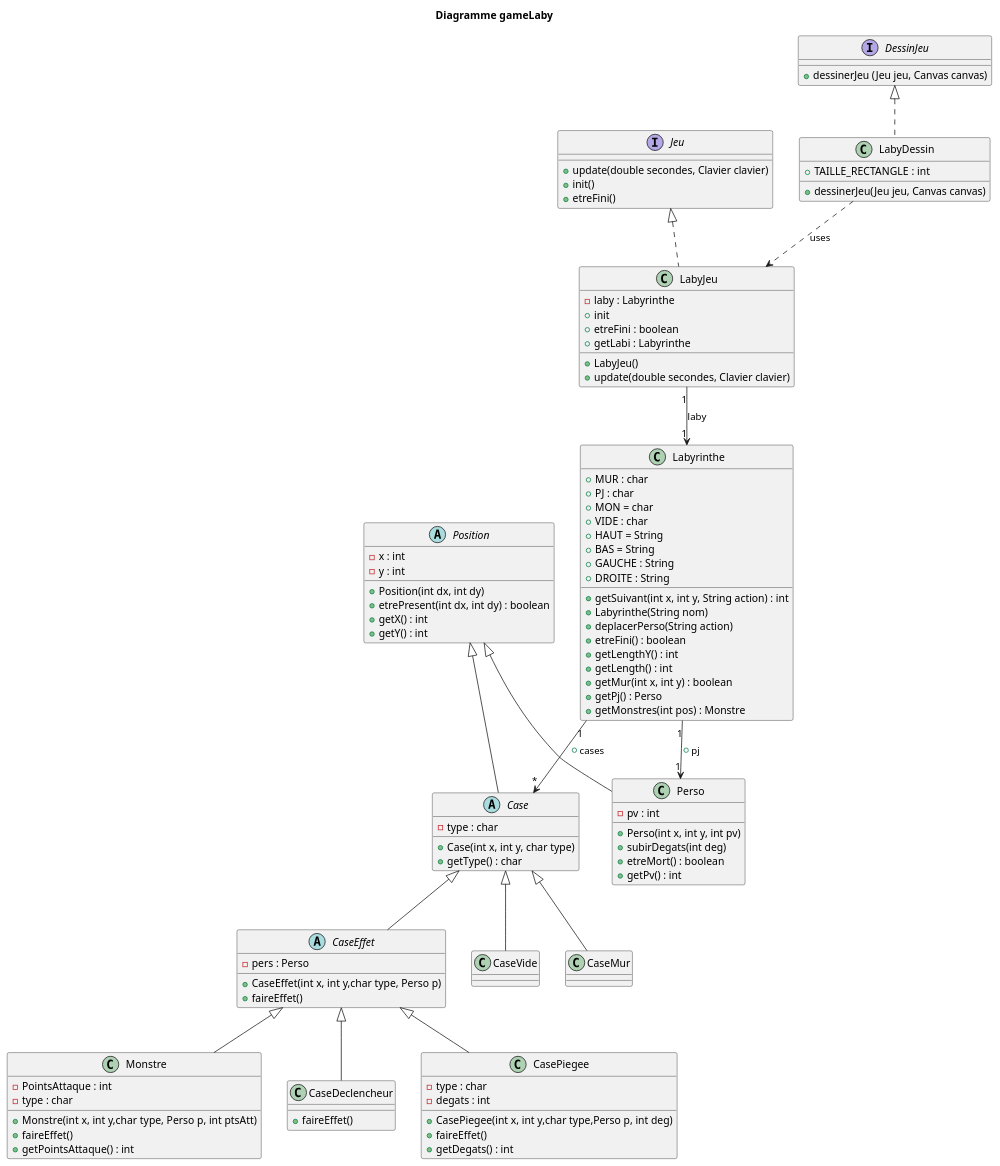
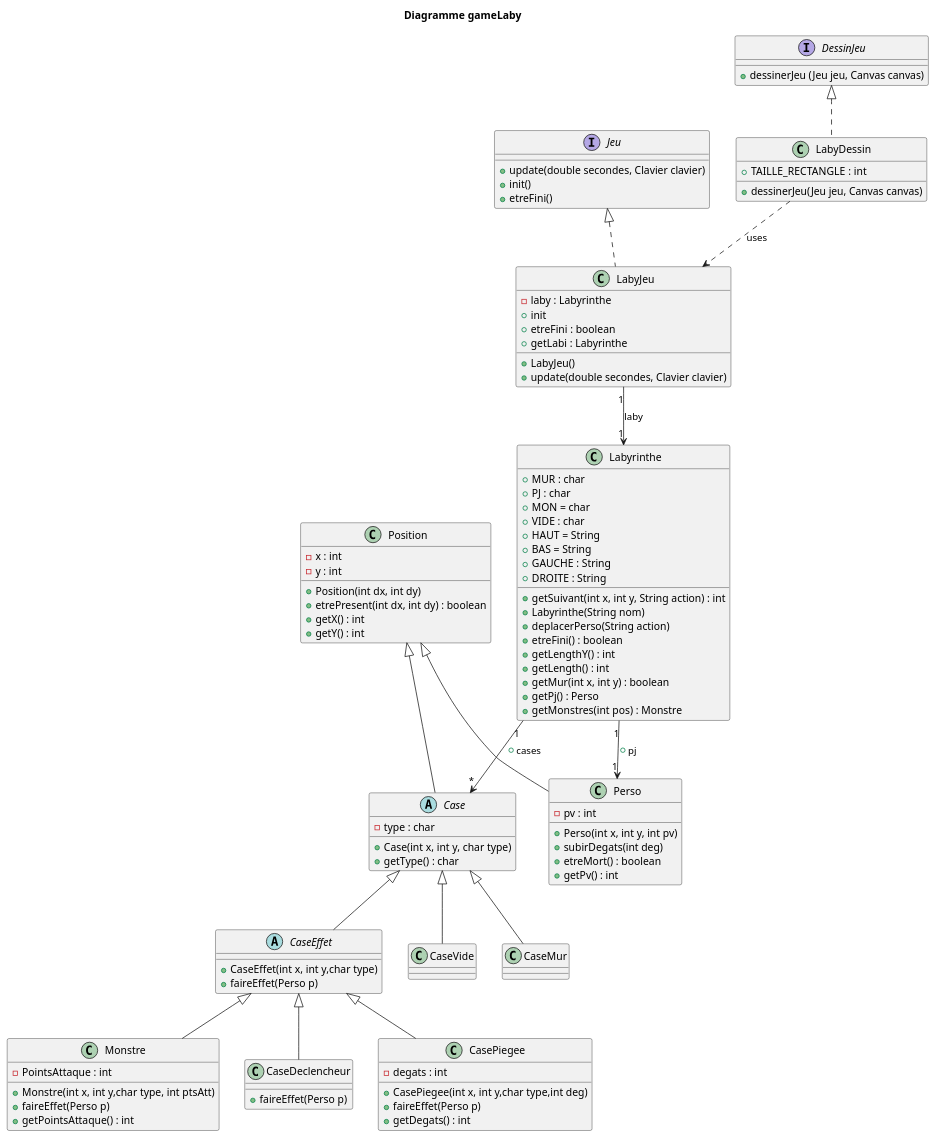
One commit to Cedran-Bastien/2022_Zeldiablo_Retter_Perez_Hergott_Bastien changed the diagram in zeldiablo/src/gameLaby/laby/diag_classe_monstre.puml. Above: the diagram before and after it, drawn with PlantUML.

Commit message:
diag classe modif

```diff
--- a/zeldiablo/src/gameLaby/laby/diag_classe_monstre.puml
+++ b/zeldiablo/src/gameLaby/laby/diag_classe_monstre.puml
@@ -1,133 +1,130 @@
 @startuml
 'https://plantuml.com/class-diagram
 
 title Diagramme gameLaby
 
 interface Jeu {
     +update(double secondes, Clavier clavier)
     +init()
     +etreFini()
     }
 
 interface DessinJeu {
     +dessinerJeu (Jeu jeu, Canvas canvas)
     }
 
 
 
 class LabyDessin{
     +TAILLE_RECTANGLE : int
     +dessinerJeu(Jeu jeu, Canvas canvas)
 }
 
 class LabyJeu{
     -laby : Labyrinthe
     +LabyJeu()
     +update(double secondes, Clavier clavier)
     +init
     +etreFini : boolean
     +getLabi : Labyrinthe
     }
 
-abstract Position{
+class Position{
     -x : int
     -y : int
     +Position(int dx, int dy)
     +etrePresent(int dx, int dy) : boolean
     +getX() : int
     +getY() : int
     }
 
 abstract Case {
     - type : char
     +Case(int x, int y, char type)
     +getType() : char
 
     }
 
 abstract CaseEffet {
-    -pers : Perso
-    +CaseEffet(int x, int y,char type, Perso p)
-    +faireEffet()
+    +CaseEffet(int x, int y,char type)
+    +faireEffet(Perso p)
 
 }
 
 class Perso {
     -pv : int
     +Perso(int x, int y, int pv)
     +subirDegats(int deg)
     +etreMort() : boolean
     +getPv() : int
 }
 
 class Monstre {
     -PointsAttaque : int
-    -type : char
-    +Monstre(int x, int y,char type, Perso p, int ptsAtt)
-    +faireEffet()
+    +Monstre(int x, int y,char type, int ptsAtt)
+    +faireEffet(Perso p)
     +getPointsAttaque() : int
 }
 
 class Labyrinthe{
     +MUR : char
     +PJ : char
     +MON = char
     +VIDE : char
     +HAUT = String
     +BAS = String
     +GAUCHE : String
     +DROITE : String
     +getSuivant(int x, int y, String action) : int
     +Labyrinthe(String nom)
     +deplacerPerso(String action)
     +etreFini() : boolean
      +getLengthY() : int
      +getLength() : int
      +getMur(int x, int y) : boolean
      +getPj() : Perso
      +getMonstres(int pos) : Monstre
 
 
     }
 
 class CaseVide {
 
 }
 
 class CaseMur {
 
 }
 
 class CaseDeclencheur {
-    +faireEffet()
+    +faireEffet(Perso p)
 
 }
 
 class CasePiegee {
-    -type : char
     -degats : int
-    +CasePiegee(int x, int y,char type,Perso p, int deg)
-    +faireEffet()
+    +CasePiegee(int x, int y,char type,int deg)
+    +faireEffet(Perso p)
     +getDegats() : int
 
 }
 
 
 DessinJeu <|.. LabyDessin
 Jeu <|.. LabyJeu
 Position <|-- Perso
 Position <|-- Case
 CaseEffet <|-- Monstre
 Case <|-- CaseEffet
 Labyrinthe "1" --> "1" Perso : +pj
 Labyrinthe "1" --> "*" Case : +cases
 LabyDessin ..> LabyJeu : uses
 LabyJeu "1" --> "1" Labyrinthe : laby
 Case <|-- CaseVide
 Case <|-- CaseMur
 CaseEffet <|-- CaseDeclencheur
 CaseEffet <|-- CasePiegee
 
 
 
 @enduml
```
